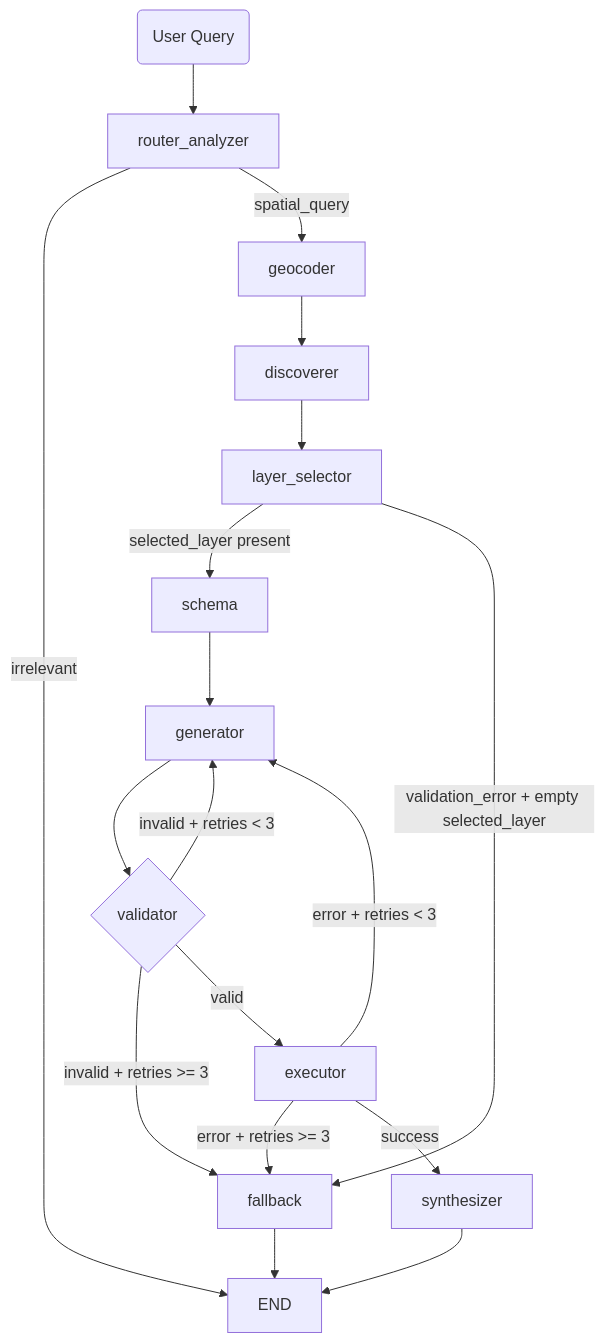
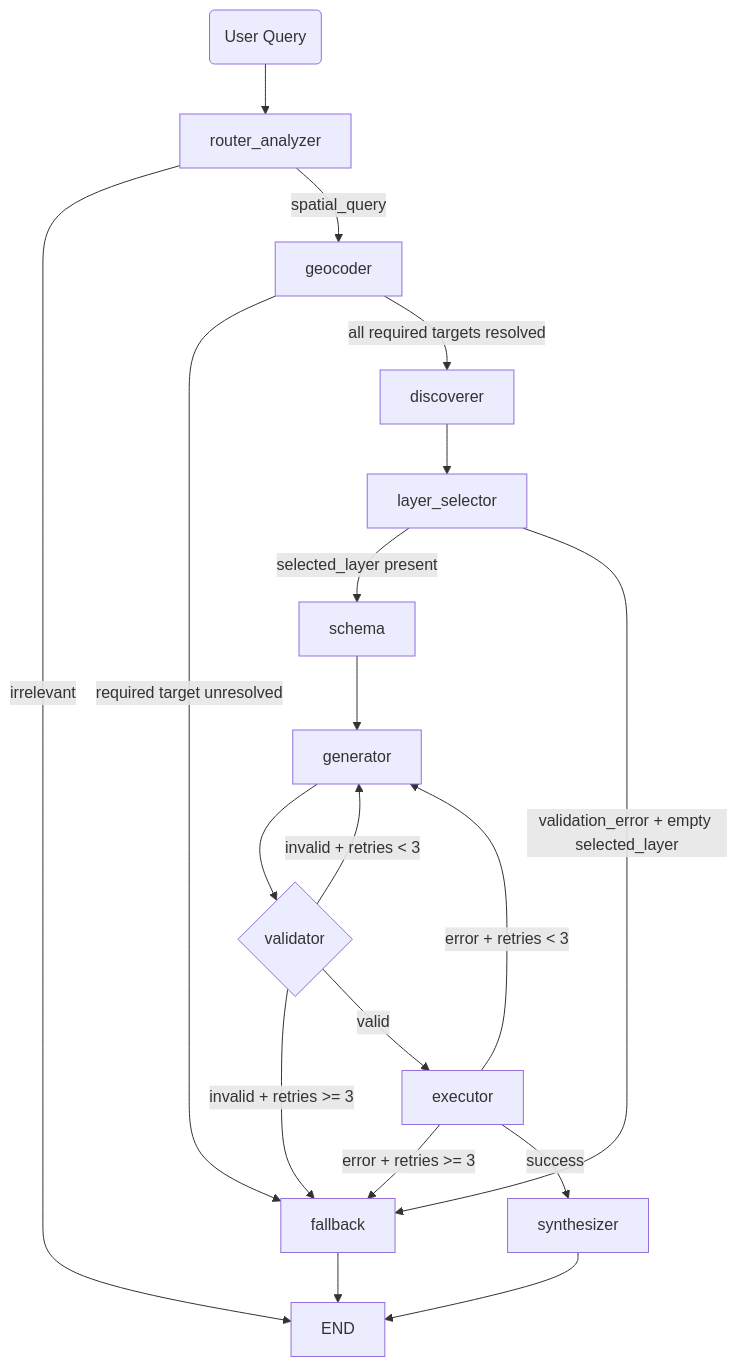
One commit to amir-ba/langgraph-ecql-agent changed the diagram in SYSTEM_DESIGN.md. Above: the diagram before and after it, drawn with Mermaid. The commit also changed other lines of this file and 14 other files, not shown here.

````diff
--- a/SYSTEM_DESIGN.md
+++ b/SYSTEM_DESIGN.md
@@ -20,27 +20,29 @@
 ```mermaid
 graph TD
         START(User Query) --> Router[router_analyzer]
 
         Router -- "irrelevant" --> END
         Router -- "spatial_query" --> Geocoder[geocoder]
 
-        Geocoder --> Discoverer[discoverer]
+        Geocoder -- "required target unresolved" --> Fallback[fallback]
+        Geocoder -- "all required targets resolved" --> Discoverer[discoverer]
+
         Discoverer --> LayerSelector[layer_selector]
 
         LayerSelector -- "selected_layer present" --> Schema[schema]
-        LayerSelector -- "validation_error + empty selected_layer" --> Fallback[fallback]
+        LayerSelector -- "validation_error + empty selected_layer" --> Fallback
 
         Schema --> Generator[generator]
         Generator --> Validator{validator}
 
         Validator -- "invalid + retries < 3" --> Generator
         Validator -- "invalid + retries >= 3" --> Fallback
         Validator -- "valid" --> Executor[executor]
 
         Executor -- "error + retries < 3" --> Generator
         Executor -- "error + retries >= 3" --> Fallback
         Executor -- "success" --> Synthesizer[synthesizer]
 
         Synthesizer --> END
         Fallback --> END
 ```
````
